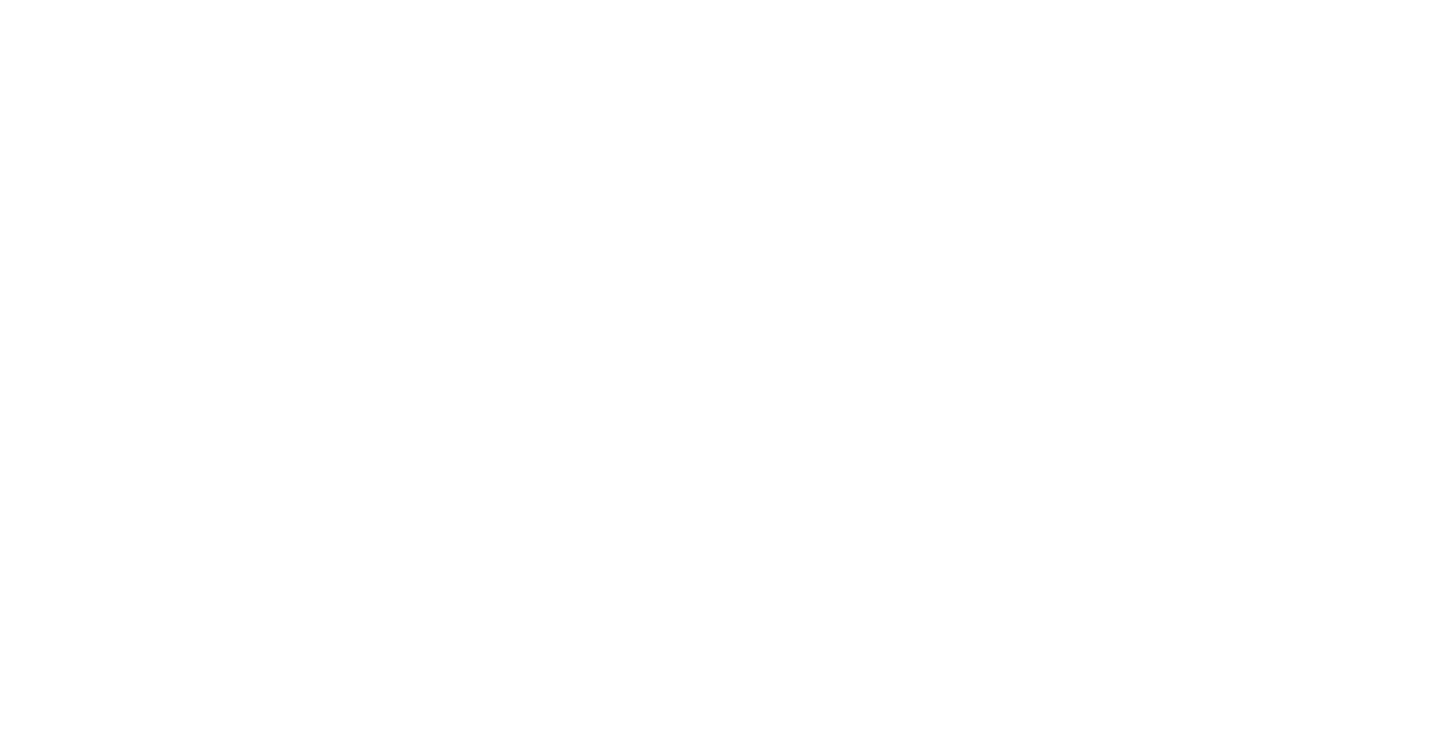
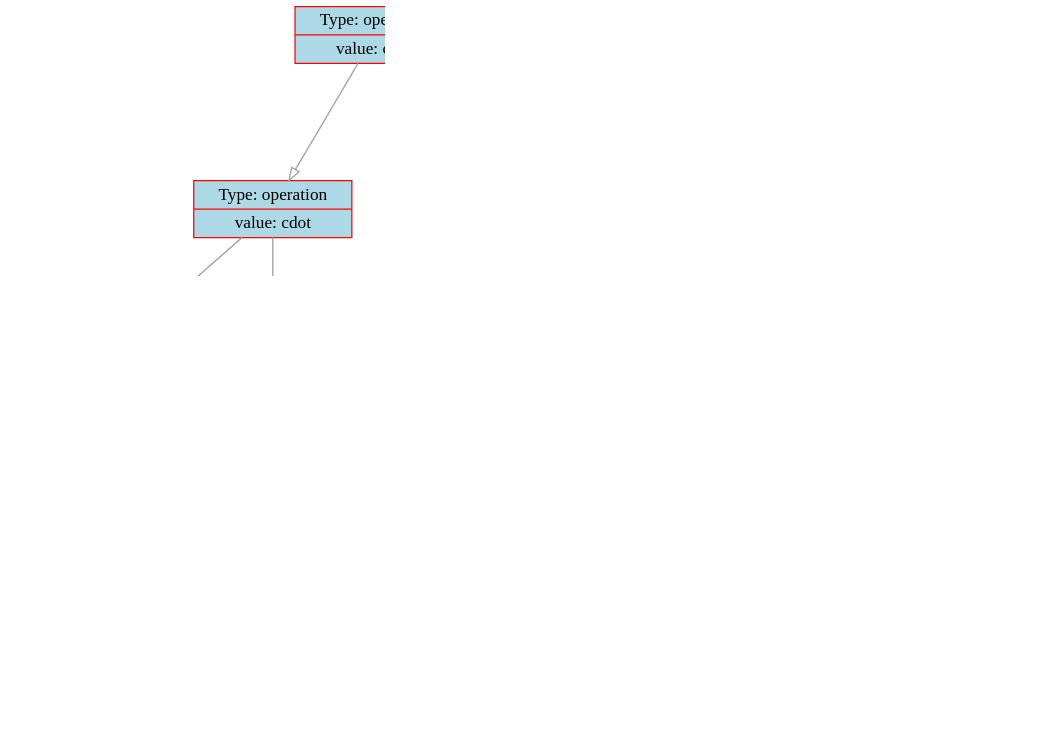
Before and after one commit to dodokek/Derivative-Calculator: the diagram in data/graph.dot, drawn with Graphviz. The commit also changed 9 other files, not shown here.

```diff
--- a/data/graph.dot
+++ b/data/graph.dot
@@ -1,61 +1,52 @@
 
     digraph g {
         dpi      = 200;
         fontname = "Comic Sans MS";
         fontsize = 20;
         rankdir   =  TB;
         edge [color = darkgrey, arrowhead = onormal, arrowsize = 1, penwidth = 1.2]
         graph[fillcolor = lightgreen, ranksep = 1.3, nodesep = 0.5,
         style = "rounded, filled",color = green, penwidth = 2]
 
-    Node000001c4e26d61f0[shape=record, width=0.2, style="filled", color="red", fillcolor="lightblue",label=" {Type: operation | value: +}"] 
+    Node00000145fe8b1b70[shape=record, width=0.2, style="filled", color="red", fillcolor="lightblue",label=" {Type: operation | value: \cdot}"] 
  
-Node000001c4e26d61c0[shape=record, width=0.2, style="filled", color="red", fillcolor="lightblue",label=" {Type: operation | value: +}"] 
+Node00000145fe8b1ae0[shape=record, width=0.2, style="filled", color="red", fillcolor="lightblue",label=" {Type: operation | value: \cdot}"] 
  
-Node000001c4e26d6220[shape=record, width=0.2, style="filled", color="red", fillcolor="lightblue",label=" {Type: operation | value: +}"] 
+Node00000145fe8b1ba0[shape=record, width=0.2, style="filled", color="red", fillcolor="lightblue",label=" {Type: number | value: -1}"] 
  
-Node000001c4e26d62e0[shape=record, width=0.2, style="filled", color="red", fillcolor="lightblue",label=" {Type: operation | value: \cdot}"] 
+Node00000145fe8b1940[shape=record, width=0.2, style="filled", color="red", fillcolor="lightblue",label=" {Type: operation | value: sin}"] 
  
-Node000001c4e26d62b0[shape=record, width=0.2, style="filled", color="red", fillcolor="lightblue",label=" {Type: number | value: 1}"] 
+Node00000145fe8b1910[shape=record, width=0.2, style="filled", color="red", fillcolor="lightblue",label=" {Type: operation | value: \cdot}"] 
  
-Node000001c4e26d6190[shape=record, width=0.2, style="filled", color="red", fillcolor="lightblue",label=" {Type: number | value: 2}"] 
+Node00000145fe8b1640[shape=record, width=0.2, style="filled", color="red", fillcolor="lightblue",label=" {Type: number | value: 2}"] 
  
-Node000001c4e26d6460[shape=record, width=0.2, style="filled", color="red", fillcolor="lightblue",label=" {Type: operation | value: \cdot}"] 
+Node00000145fe8b1750[shape=record, width=0.2, style="filled", color="red", fillcolor="lightblue",label=" {Type: variable | value: x}"] 
  
-Node000001c4e26d6370[shape=record, width=0.2, style="filled", color="red", fillcolor="lightblue",label=" {Type: variable | value: X}"] 
+Node00000145fe8b18e0[shape=record, width=0.2, style="filled", color="red", fillcolor="lightblue",label=" {Type: operation | value: +}"] 
  
-Node000001c4e26d6430[shape=record, width=0.2, style="filled", color="red", fillcolor="lightblue",label=" {Type: number | value: 0}"] 
+Node00000145fe8b18b0[shape=record, width=0.2, style="filled", color="red", fillcolor="lightblue",label=" {Type: operation | value: \cdot}"] 
  
-Node000001c4e26d6340[shape=record, width=0.2, style="filled", color="red", fillcolor="lightblue",label=" {Type: operation | value: +}"] 
+Node00000145fe8b1880[shape=record, width=0.2, style="filled", color="red", fillcolor="lightblue",label=" {Type: number | value: 0}"] 
  
-Node000001c4e26d6250[shape=record, width=0.2, style="filled", color="red", fillcolor="lightblue",label=" {Type: operation | value: \cdot}"] 
+Node00000145fe8b1850[shape=record, width=0.2, style="filled", color="red", fillcolor="lightblue",label=" {Type: variable | value: x}"] 
  
-Node000001c4e26d6280[shape=record, width=0.2, style="filled", color="red", fillcolor="lightblue",label=" {Type: number | value: 1}"] 
+Node00000145fe8b1820[shape=record, width=0.2, style="filled", color="red", fillcolor="lightblue",label=" {Type: operation | value: \cdot}"] 
  
-Node000001c4e26d64f0[shape=record, width=0.2, style="filled", color="red", fillcolor="lightblue",label=" {Type: number | value: 2}"] 
+Node00000145fe8b17f0[shape=record, width=0.2, style="filled", color="red", fillcolor="lightblue",label=" {Type: number | value: 2}"] 
  
-Node000001c4e26d1ae0[shape=record, width=0.2, style="filled", color="red", fillcolor="lightblue",label=" {Type: operation | value: \cdot}"] 
+Node00000145fe8b14a0[shape=record, width=0.2, style="filled", color="red", fillcolor="lightblue",label=" {Type: number | value: 1}"] 
  
-Node000001c4e26d1ab0[shape=record, width=0.2, style="filled", color="red", fillcolor="lightblue",label=" {Type: variable | value: X}"] 
- 
-Node000001c4e26d1a80[shape=record, width=0.2, style="filled", color="red", fillcolor="lightblue",label=" {Type: number | value: 0}"] 
- 
-Node000001c4e26d14b0[shape=record, width=0.2, style="filled", color="red", fillcolor="lightblue",label=" {Type: number | value: 0}"] 
- 
-Node000001c4e26d61f0->Node000001c4e26d61c0
-Node000001c4e26d61c0->Node000001c4e26d6220
-Node000001c4e26d6220->Node000001c4e26d62e0
-Node000001c4e26d62e0->Node000001c4e26d62b0
-Node000001c4e26d62e0->Node000001c4e26d6190
-Node000001c4e26d6220->Node000001c4e26d6460
-Node000001c4e26d6460->Node000001c4e26d6370
-Node000001c4e26d6460->Node000001c4e26d6430
-Node000001c4e26d61c0->Node000001c4e26d6340
-Node000001c4e26d6340->Node000001c4e26d6250
-Node000001c4e26d6250->Node000001c4e26d6280
-Node000001c4e26d6250->Node000001c4e26d64f0
-Node000001c4e26d6340->Node000001c4e26d1ae0
-Node000001c4e26d1ae0->Node000001c4e26d1ab0
-Node000001c4e26d1ae0->Node000001c4e26d1a80
-Node000001c4e26d61f0->Node000001c4e26d14b0
+Node00000145fe8b1b70->Node00000145fe8b1ae0
+Node00000145fe8b1ae0->Node00000145fe8b1ba0
+Node00000145fe8b1ae0->Node00000145fe8b1940
+Node00000145fe8b1940->Node00000145fe8b1910
+Node00000145fe8b1910->Node00000145fe8b1640
+Node00000145fe8b1910->Node00000145fe8b1750
+Node00000145fe8b1b70->Node00000145fe8b18e0
+Node00000145fe8b18e0->Node00000145fe8b18b0
+Node00000145fe8b18b0->Node00000145fe8b1880
+Node00000145fe8b18b0->Node00000145fe8b1850
+Node00000145fe8b18e0->Node00000145fe8b1820
+Node00000145fe8b1820->Node00000145fe8b17f0
+Node00000145fe8b1820->Node00000145fe8b14a0
 }
```
